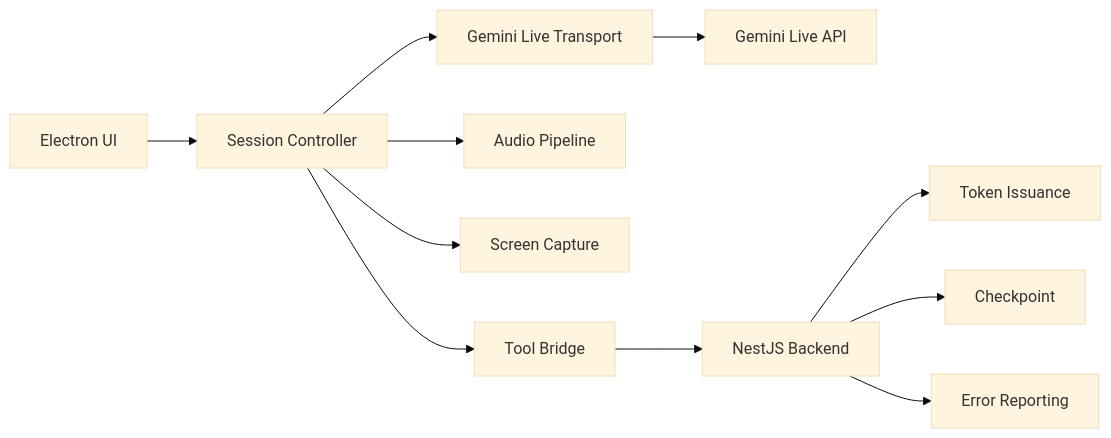
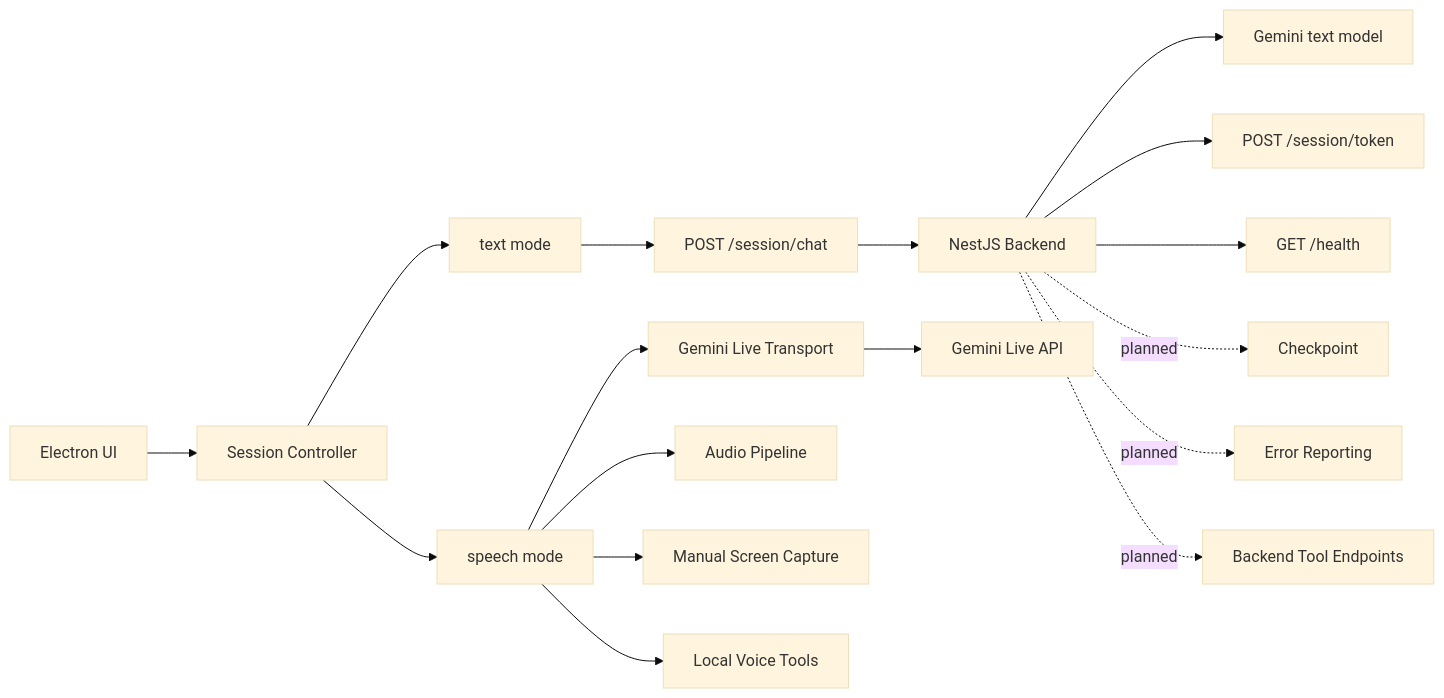
One commit to rafaself/Livepair changed the diagram in docs/diagrams/APP_FLOW.md. Above: the diagram before and after it, drawn with Mermaid (base theme). The commit also changed 5 other files, not shown here.

Commit message:
docs(docs): align architecture diagrams with current state

````diff
--- a/docs/diagrams/APP_FLOW.md
+++ b/docs/diagrams/APP_FLOW.md
@@ -1,15 +1,22 @@
 ```mermaid
 flowchart LR
 UI[Electron UI] --> SESSION[Session Controller]
-SESSION --> TRANSPORT[Gemini Live Transport]
+SESSION --> TEXT[text mode]
+SESSION --> SPEECH[speech mode]
+
+TEXT --> CHAT[POST /session/chat]
+CHAT --> BACKEND[NestJS Backend]
+BACKEND --> TEXTMODEL[Gemini text model]
+
+SPEECH --> TRANSPORT[Gemini Live Transport]
 TRANSPORT --> GEMINI[Gemini Live API]
+SPEECH --> AUDIO[Audio Pipeline]
+SPEECH --> VISION[Manual Screen Capture]
+SPEECH --> TOOLS[Local Voice Tools]
 
-SESSION --> AUDIO[Audio Pipeline]
-SESSION --> VISION[Screen Capture]
-SESSION --> TOOLS[Tool Bridge]
-
-TOOLS --> BACKEND[NestJS Backend]
-BACKEND --> TOKEN[Token Issuance]
-BACKEND --> CHECKPOINT[Checkpoint]
-BACKEND --> ERROR[Error Reporting]
+BACKEND --> TOKEN[POST /session/token]
+BACKEND --> HEALTH[GET /health]
+BACKEND -. planned .-> CHECKPOINT[Checkpoint]
+BACKEND -. planned .-> ERROR[Error Reporting]
+BACKEND -. planned .-> REMOTETOOLS[Backend Tool Endpoints]
 ```
````
